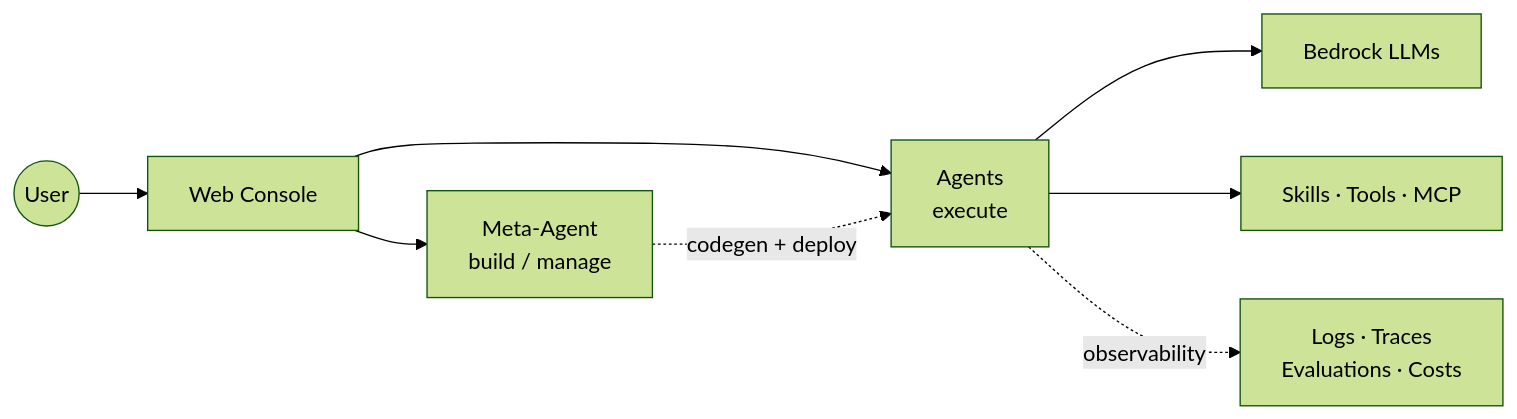
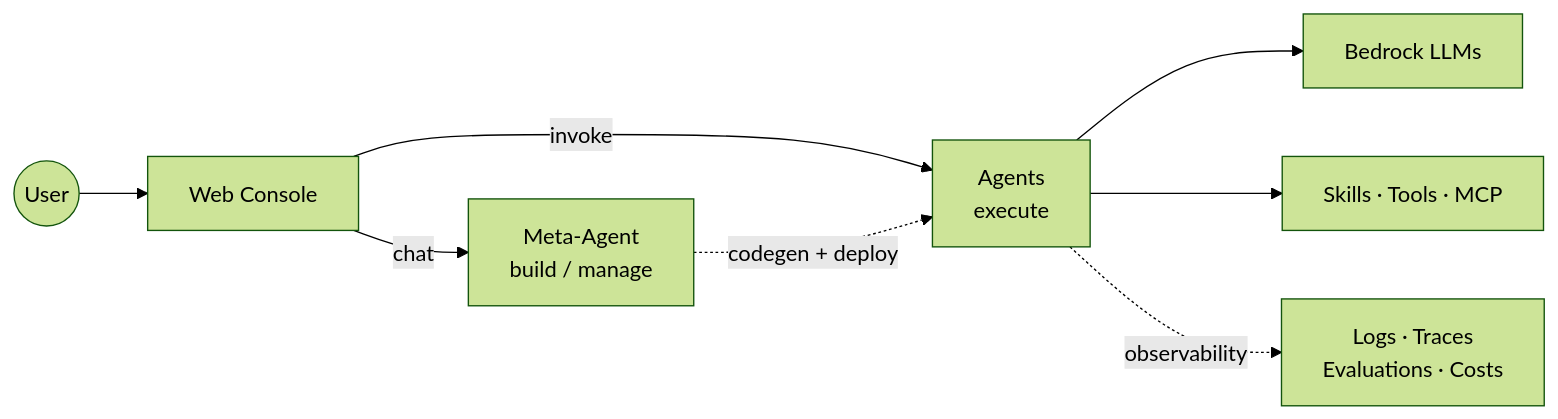
One commit to ddpie/agent-studio changed the second of 2 diagrams in README.md. Above: the diagram before and after it, drawn with Mermaid (forest theme). The commit also changed other lines of this file and 4 other files, not shown here.

First line of the commit message:
docs: tighten Kiro usage scope notice + mermaid polish

````diff
--- a/README.md
+++ b/README.md
@@ -104,10 +102,10 @@
 ```mermaid
 graph LR
     User((User)) --> Web[Web Console]
-    Web --> Meta[Meta-Agent<br/>build / manage]
-    Web --> Sub[Agents<br/>execute]
-    Meta -.codegen + deploy.-> Sub
-    Sub --> LLM[Bedrock LLMs]
-    Sub --> Ext[Skills · Tools · MCP]
-    Sub -.observability.-> Obs[Logs · Traces<br/>Evaluations · Costs]
+    Web -->|chat| Meta[Meta-Agent<br/>build / manage]
+    Web -->|invoke| Agents[Agents<br/>execute]
+    Meta -.codegen + deploy.-> Agents
+    Agents --> LLM[Bedrock LLMs]
+    Agents --> Ext[Skills · Tools · MCP]
+    Agents -.observability.-> Obs[Logs · Traces<br/>Evaluations · Costs]
 ```
````
